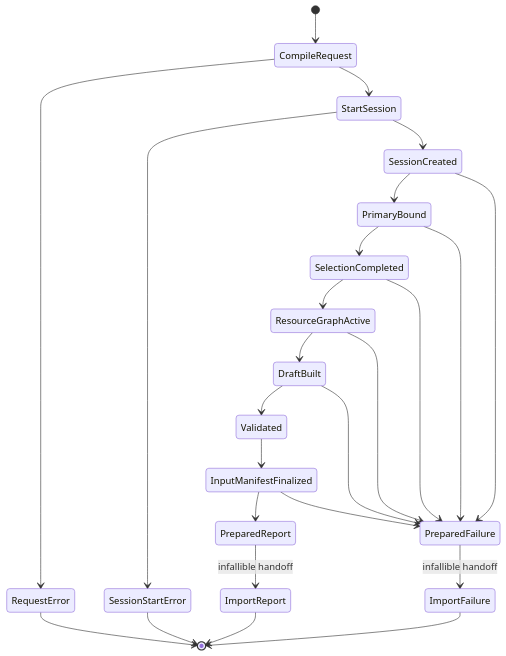
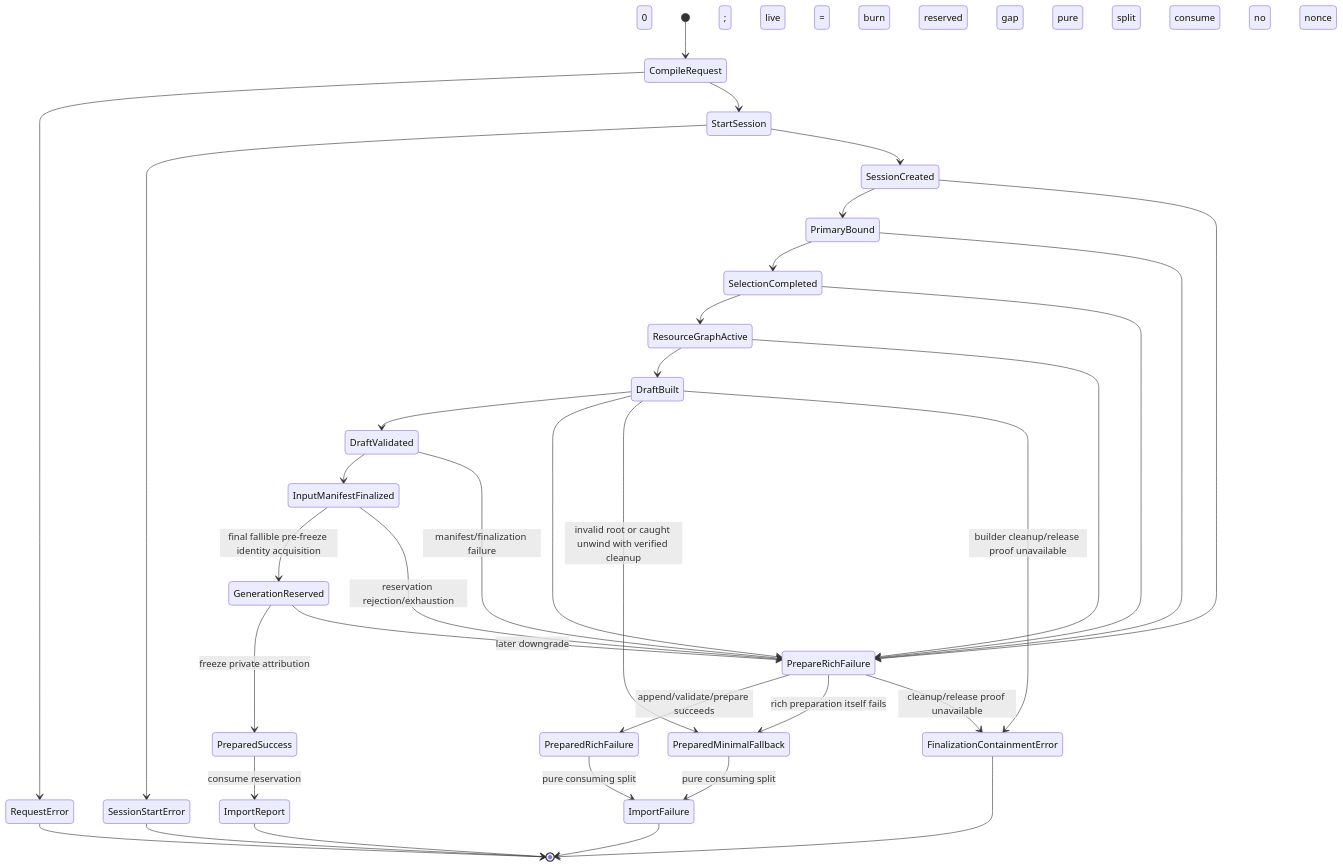
The diagram in docs/adr/0020-import-lifecycle-and-report-contract.md (Latias94/baozi), drawn with Mermaid before and after one commit. The commit also changed other lines of this file and 5 other files, not shown here.

````diff
--- a/docs/adr/0020-import-lifecycle-and-report-contract.md
+++ b/docs/adr/0020-import-lifecycle-and-report-contract.md
@@ -101,27 +172,37 @@
 ```mermaid
 stateDiagram-v2
     [*] --> CompileRequest
     CompileRequest --> RequestError
     CompileRequest --> StartSession
     StartSession --> SessionStartError
     StartSession --> SessionCreated
     SessionCreated --> PrimaryBound
     PrimaryBound --> SelectionCompleted
     SelectionCompleted --> ResourceGraphActive
     ResourceGraphActive --> DraftBuilt
-    DraftBuilt --> Validated
-    Validated --> InputManifestFinalized
-    InputManifestFinalized --> PreparedReport
-    PreparedReport --> ImportReport: infallible handoff
-    SessionCreated --> PreparedFailure
-    PrimaryBound --> PreparedFailure
-    SelectionCompleted --> PreparedFailure
-    ResourceGraphActive --> PreparedFailure
-    DraftBuilt --> PreparedFailure
-    InputManifestFinalized --> PreparedFailure
-    PreparedFailure --> ImportFailure: infallible handoff
+    DraftBuilt --> DraftValidated
+    DraftValidated --> InputManifestFinalized
+    DraftValidated --> PrepareRichFailure: manifest/finalization failure
+    InputManifestFinalized --> GenerationReserved: final fallible pre-freeze identity acquisition
+    GenerationReserved --> PreparedSuccess: freeze private attribution; live = 0
+    GenerationReserved --> PrepareRichFailure: later downgrade; burn reserved gap
+    PreparedSuccess --> ImportReport: consume reservation; pure split
+    SessionCreated --> PrepareRichFailure
+    PrimaryBound --> PrepareRichFailure
+    SelectionCompleted --> PrepareRichFailure
+    ResourceGraphActive --> PrepareRichFailure
+    DraftBuilt --> PrepareRichFailure
+    InputManifestFinalized --> PrepareRichFailure: reservation rejection/exhaustion; consume no nonce
+    PrepareRichFailure --> PreparedRichFailure: append/validate/prepare succeeds; live = 0
+    PrepareRichFailure --> PreparedMinimalFallback: rich preparation itself fails
+    DraftBuilt --> PreparedMinimalFallback: invalid root or caught unwind with verified cleanup
+    PrepareRichFailure --> FinalizationContainmentError: cleanup/release proof unavailable
+    DraftBuilt --> FinalizationContainmentError: builder cleanup/release proof unavailable
+    PreparedRichFailure --> ImportFailure: pure consuming split
+    PreparedMinimalFallback --> ImportFailure: pure consuming split
     ImportReport --> [*]
     ImportFailure --> [*]
+    FinalizationContainmentError --> [*]
     RequestError --> [*]
     SessionStartError --> [*]
 ```
````
